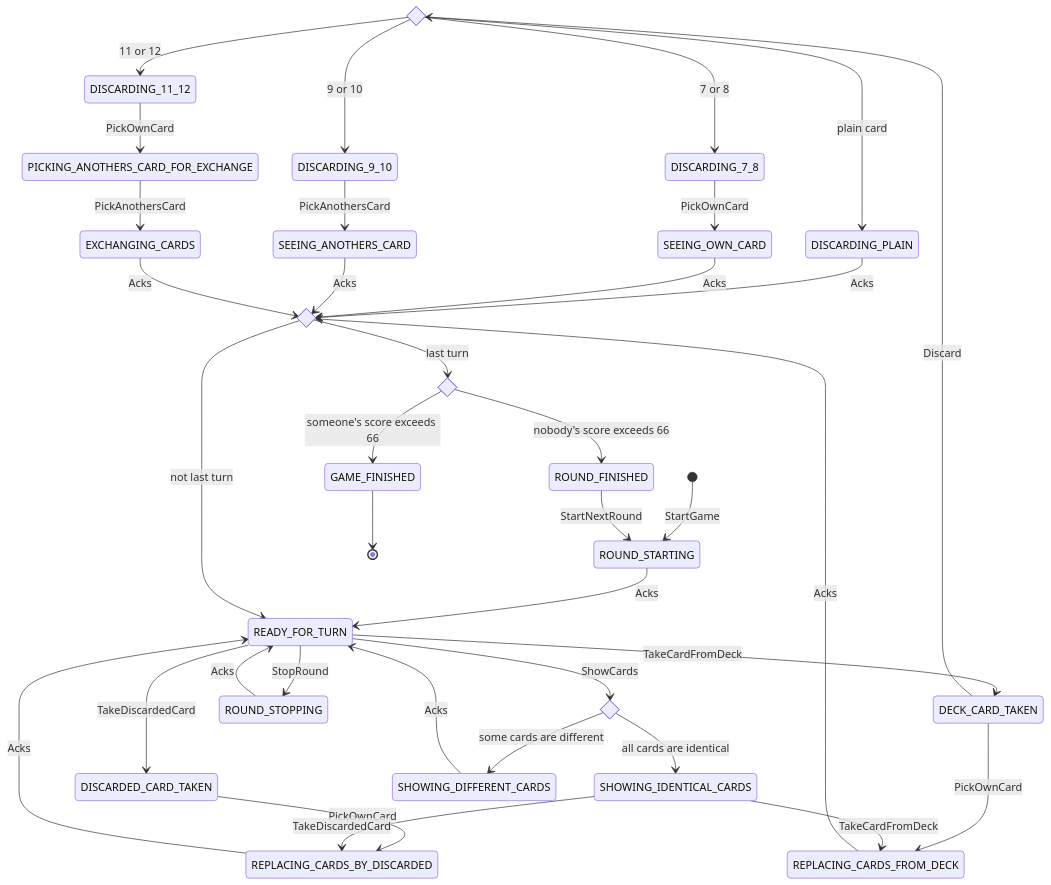
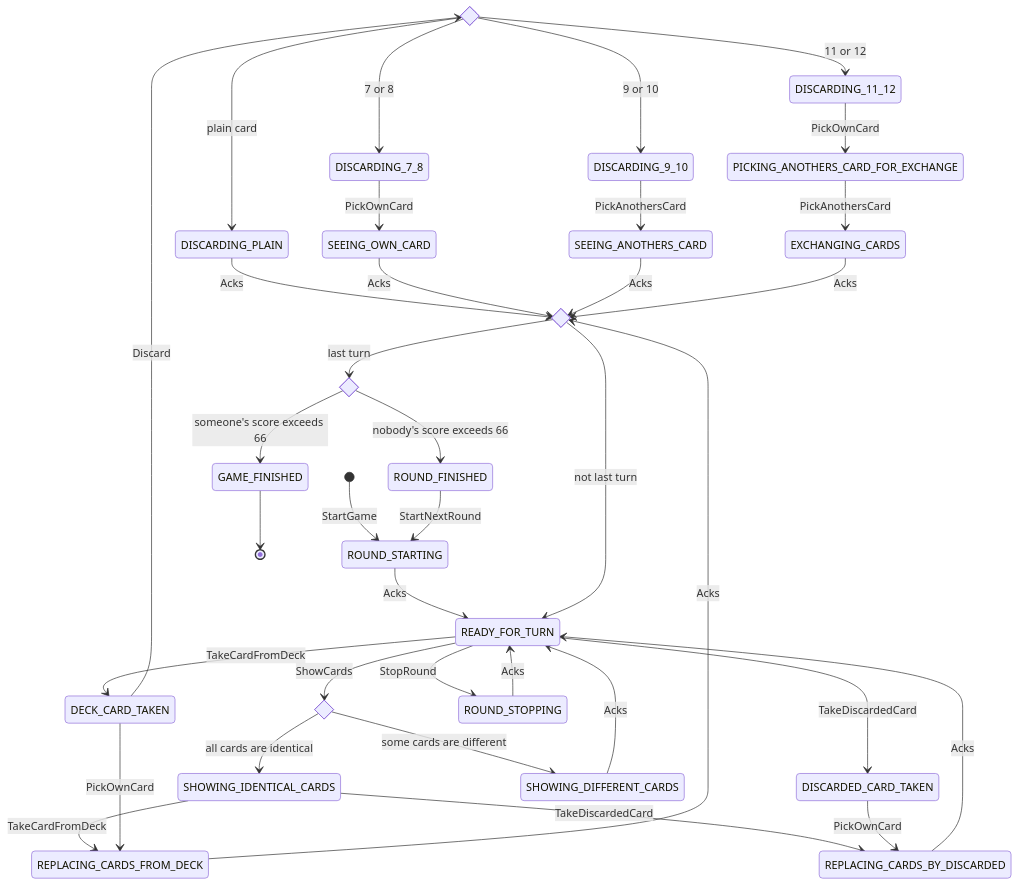
The first of 17 diagrams in README.md (roman-zubarevich/another), drawn with Mermaid before and after one commit. The commit also changed other lines of this file, not shown here.

````diff
--- a/README.md
+++ b/README.md
@@ -7,42 +7,42 @@
 ```mermaid
 stateDiagram-v2
     state checking_card <<choice>>
     state comparing_cards <<choice>>
     state turn_done <<choice>>
     state round_done <<choice>>
     [*] --> ROUND_STARTING: StartGame
     ROUND_STARTING --> READY_FOR_TURN: Acks
     READY_FOR_TURN --> DECK_CARD_TAKEN: TakeCardFromDeck
     READY_FOR_TURN --> DISCARDED_CARD_TAKEN: TakeDiscardedCard
     READY_FOR_TURN --> ROUND_STOPPING: StopRound
     READY_FOR_TURN --> comparing_cards: ShowCards
-    DECK_CARD_TAKEN --> REPLACING_CARDS_FROM_DECK: PickOwnCard
-    DECK_CARD_TAKEN --> checking_card: Discard
-    DISCARDED_CARD_TAKEN --> REPLACING_CARDS_BY_DISCARDED: PickOwnCard
-    ROUND_STOPPING --> READY_FOR_TURN: Acks
     comparing_cards --> SHOWING_IDENTICAL_CARDS: all cards are identical
     comparing_cards --> SHOWING_DIFFERENT_CARDS: some cards are different
+    SHOWING_DIFFERENT_CARDS --> READY_FOR_TURN: Acks
+    SHOWING_IDENTICAL_CARDS --> REPLACING_CARDS_FROM_DECK: TakeCardFromDeck
+    SHOWING_IDENTICAL_CARDS --> REPLACING_CARDS_BY_DISCARDED: TakeDiscardedCard
+    DECK_CARD_TAKEN --> REPLACING_CARDS_FROM_DECK: PickOwnCard
     REPLACING_CARDS_FROM_DECK --> turn_done: Acks
+    DISCARDED_CARD_TAKEN --> REPLACING_CARDS_BY_DISCARDED: PickOwnCard
+    DECK_CARD_TAKEN --> checking_card: Discard
     checking_card --> DISCARDING_PLAIN: plain card
     checking_card --> DISCARDING_7_8: 7 or 8
     checking_card --> DISCARDING_9_10: 9 or 10
     checking_card --> DISCARDING_11_12: 11 or 12
-    REPLACING_CARDS_BY_DISCARDED --> READY_FOR_TURN: Acks
-    SHOWING_IDENTICAL_CARDS --> REPLACING_CARDS_FROM_DECK: TakeCardFromDeck
-    SHOWING_IDENTICAL_CARDS --> REPLACING_CARDS_BY_DISCARDED: TakeDiscardedCard
-    SHOWING_DIFFERENT_CARDS --> READY_FOR_TURN: Acks
-    turn_done --> READY_FOR_TURN: not last turn
-    turn_done --> round_done: last turn
     DISCARDING_PLAIN --> turn_done: Acks
     DISCARDING_7_8 --> SEEING_OWN_CARD: PickOwnCard
     DISCARDING_9_10 --> SEEING_ANOTHERS_CARD: PickAnothersCard
     DISCARDING_11_12 --> PICKING_ANOTHERS_CARD_FOR_EXCHANGE: PickOwnCard
-    round_done --> ROUND_FINISHED: nobody's score exceeds 66
-    round_done --> GAME_FINISHED: someone's score exceeds 66
+    REPLACING_CARDS_BY_DISCARDED --> READY_FOR_TURN: Acks
+    ROUND_STOPPING --> READY_FOR_TURN: Acks
     SEEING_OWN_CARD --> turn_done: Acks
     SEEING_ANOTHERS_CARD --> turn_done: Acks
     PICKING_ANOTHERS_CARD_FOR_EXCHANGE --> EXCHANGING_CARDS: PickAnothersCard
+    EXCHANGING_CARDS --> turn_done: Acks
+    turn_done --> READY_FOR_TURN: not last turn
+    turn_done --> round_done: last turn
+    round_done --> ROUND_FINISHED: nobody's score exceeds 66
+    round_done --> GAME_FINISHED: someone's score exceeds 66
     ROUND_FINISHED --> ROUND_STARTING: StartNextRound
     GAME_FINISHED --> [*]
-    EXCHANGING_CARDS --> turn_done: Acks
 ```
````
